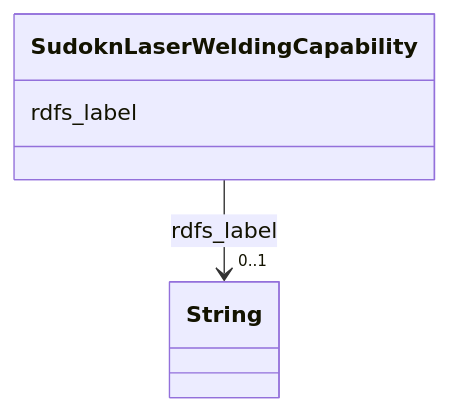
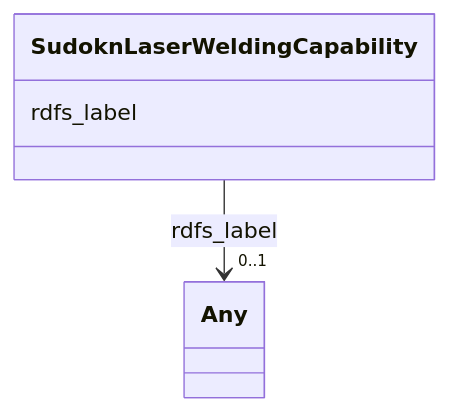
The diagram in sudokn-kg/classes/SudoknLaserWeldingCapability.md (frink-okn/graph-descriptions), drawn with Mermaid before and after one commit. The commit also changed other lines of this file and 903 other files, not shown here.

````diff
--- a/sudokn-kg/classes/SudoknLaserWeldingCapability.md
+++ b/sudokn-kg/classes/SudoknLaserWeldingCapability.md
@@ -23,15 +18,15 @@
 ```mermaid
  classDiagram
     class SudoknLaserWeldingCapability
     click SudoknLaserWeldingCapability href "../SudoknLaserWeldingCapability"
       SudoknLaserWeldingCapability : rdfs_label
         
           
     
     
-    SudoknLaserWeldingCapability --> "0..1" String : rdfs_label
-    click String href "../String"
+    SudoknLaserWeldingCapability --> "0..1" Any : rdfs_label
+    click Any href "../Any"
 
         
       
 ```
````
